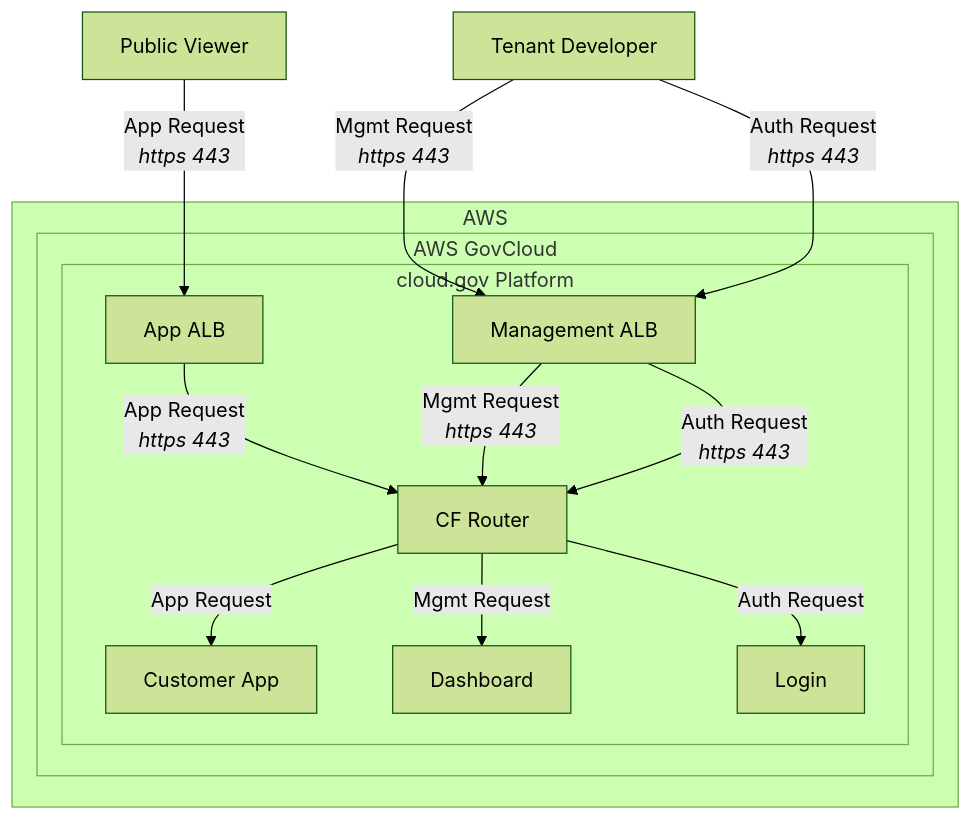
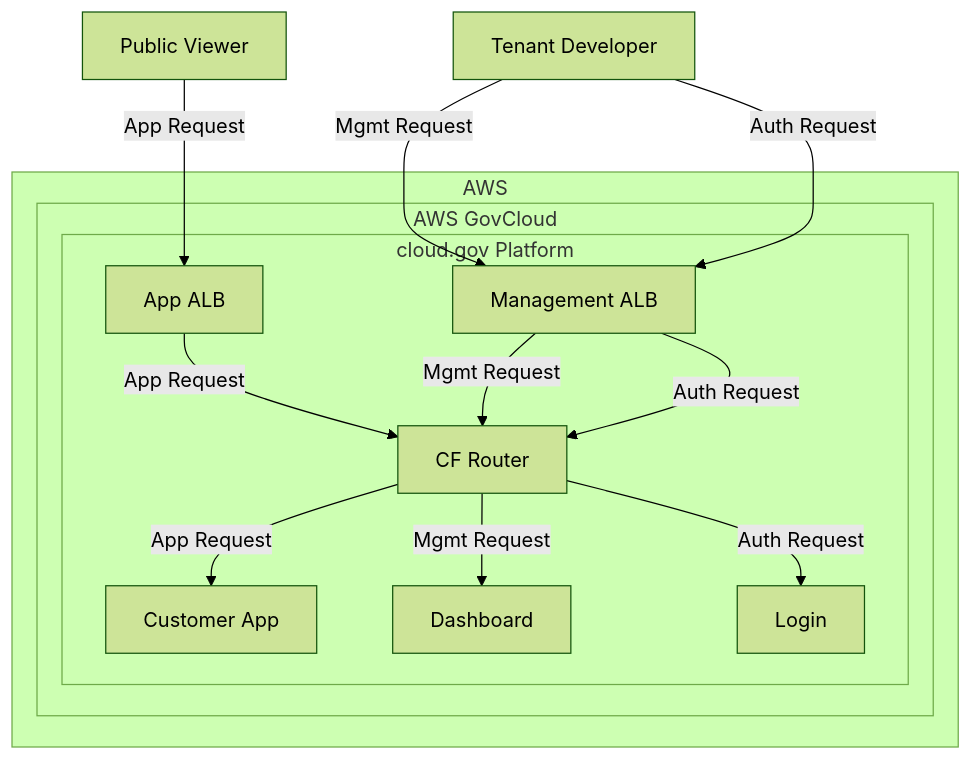
The first of 3 diagrams in adr/ADR-0009-shield-advanced.md (cloud-gov/product), drawn with Mermaid (forest theme) before and after one commit. The commit also changed other lines of this file, not shown here.

Commit message:
Iterating on system diagram

````diff
--- a/adr/ADR-0009-shield-advanced.md
+++ b/adr/ADR-0009-shield-advanced.md
@@ -37,18 +37,18 @@
 ```mermaid
 graph TD
-    public[Public Viewer] -->|App Request<p><em>https 443</em></p>| appALB
-    tenant[Tenant Developer] -->|Mgmt Request\n<em>https 443</em>| mgmtALB
-    tenant[Tenant Developer] -->|Auth Request\n<em>https 443</em>| mgmtALB
+    public[Public Viewer] -->|App Request| appALB
+    tenant[Tenant Developer] -->|Mgmt Request| mgmtALB
+    tenant[Tenant Developer] -->|Auth Request| mgmtALB
     subgraph aws["AWS"]
         subgraph govcloud["AWS GovCloud"]
             subgraph platform["cloud.gov Platform"]
-                appALB[App ALB] -->|App Request\n<em>https 443</em>| router[CF Router]
-                mgmtALB[Management ALB] -->|Mgmt Request\n<em>https 443</em>| router
-                mgmtALB[Management ALB] -->|Auth Request\n<em>https 443</em>| router
+                appALB[App ALB] -->|App Request| router[CF Router]
+                mgmtALB[Management ALB] -->|Mgmt Request| router
+                mgmtALB[Management ALB] -->|Auth Request| router
                 router -->|App Request| app[Customer App]
                 router -->|Mgmt Request| dashboard[Dashboard]
                 router -->|Auth Request| login[Login]
             end
         end
     end
 ```
````
